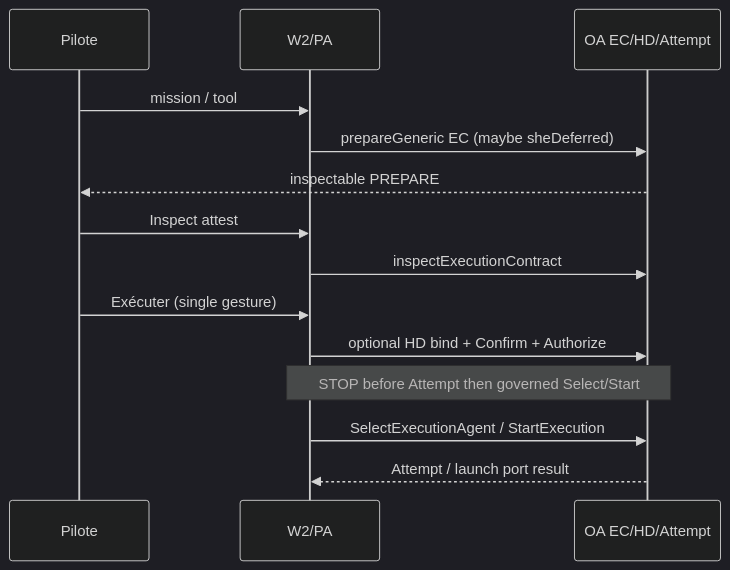
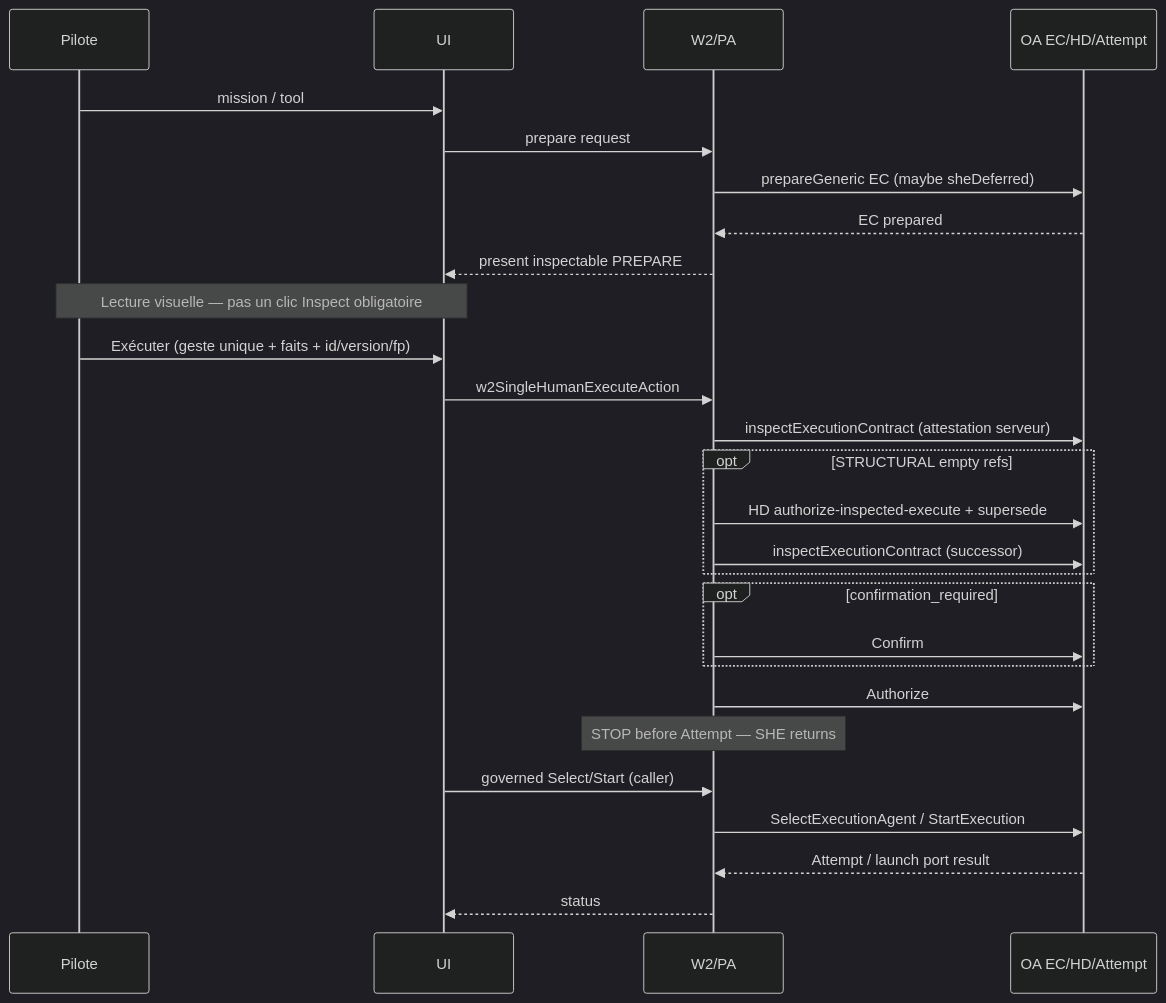
Before and after one commit to mcleland147/sfia-workspace: the first of 4 diagrams in sfia-review-handoff/latest-chatgpt-review.md, drawn with Mermaid (dark theme). The commit also changed other lines of this file, not shown here.

````diff
--- a/sfia-review-handoff/latest-chatgpt-review.md
+++ b/sfia-review-handoff/latest-chatgpt-review.md
@@ -357,16 +344,29 @@
 ```mermaid
 sequenceDiagram
   participant P as Pilote
+  participant UI as UI
   participant W2 as W2/PA
   participant OA as OA EC/HD/Attempt
-  P->>W2: mission / tool
+  P->>UI: mission / tool
+  UI->>W2: prepare request
   W2->>OA: prepareGeneric EC (maybe sheDeferred)
-  OA-->>P: inspectable PREPARE
-  P->>W2: Inspect attest
-  W2->>OA: inspectExecutionContract
-  P->>W2: Exécuter (single gesture)
-  W2->>OA: optional HD bind + Confirm + Authorize
-  Note over W2,OA: STOP before Attempt then governed Select/Start
+  OA-->>W2: EC prepared
+  W2-->>UI: present inspectable PREPARE
+  Note over P,UI: Lecture visuelle — pas un clic Inspect obligatoire
+  P->>UI: Exécuter (geste unique + faits + id/version/fp)
+  UI->>W2: w2SingleHumanExecuteAction
+  W2->>OA: inspectExecutionContract (attestation serveur)
+  opt STRUCTURAL empty refs
+    W2->>OA: HD authorize-inspected-execute + supersede
+    W2->>OA: inspectExecutionContract (successor)
+  end
+  opt confirmation_required
+    W2->>OA: Confirm
+  end
+  W2->>OA: Authorize
+  Note over W2: STOP before Attempt — SHE returns
+  UI->>W2: governed Select/Start (caller)
   W2->>OA: SelectExecutionAgent / StartExecution
   OA-->>W2: Attempt / launch port result
+  W2-->>UI: status
 ```
````
